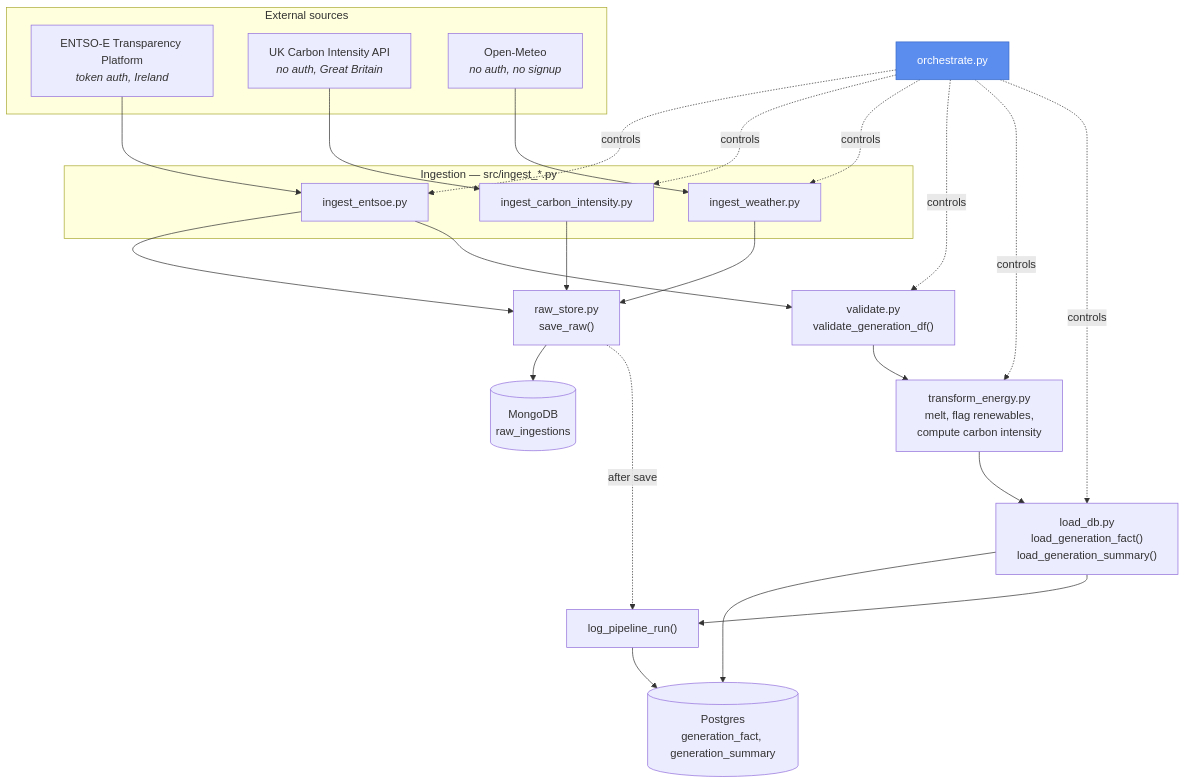
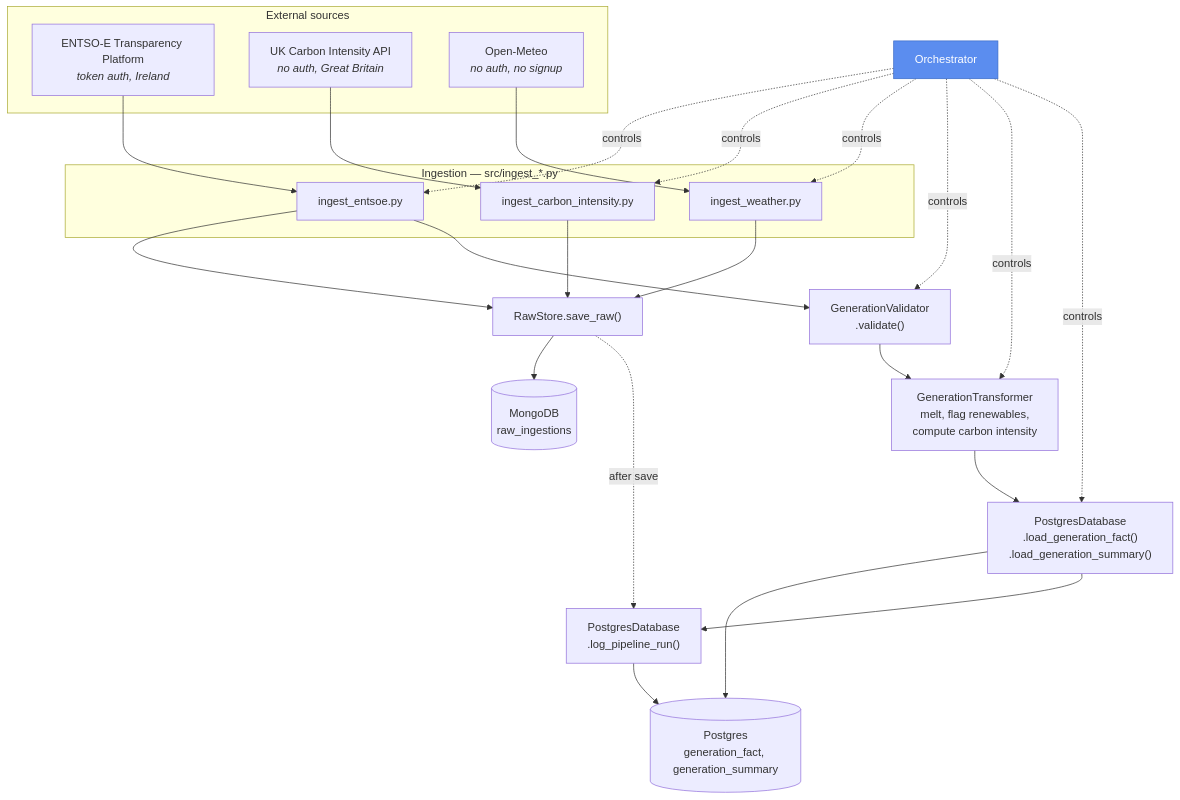
The third of 8 diagrams in docs/DIAGRAMS.md (squirke1/energy-data-pipeline), drawn with Mermaid before and after one commit. The commit also changed other lines of this file and 16 other files, not shown here.

````diff
--- a/docs/DIAGRAMS.md
+++ b/docs/DIAGRAMS.md
@@ -36,41 +76,41 @@
 ```mermaid
 flowchart TD
     subgraph ext["External sources"]
         ENTSOE["ENTSO-E Transparency Platform<br/><i>token auth, Ireland</i>"]
         CARBON["UK Carbon Intensity API<br/><i>no auth, Great Britain</i>"]
         METEO["Open-Meteo<br/><i>no auth, no signup</i>"]
     end
 
     subgraph ingest["Ingestion — src/ingest_*.py"]
         I_ENTSOE["ingest_entsoe.py"]
         I_CARBON["ingest_carbon_intensity.py"]
         I_WEATHER["ingest_weather.py"]
     end
 
     ENTSOE --> I_ENTSOE
     CARBON --> I_CARBON
     METEO --> I_WEATHER
 
-    I_ENTSOE --> RAWSTORE["raw_store.py<br/>save_raw()"]
+    I_ENTSOE --> RAWSTORE["RawStore.save_raw()"]
     I_CARBON --> RAWSTORE
     I_WEATHER --> RAWSTORE
     RAWSTORE --> MONGO[("MongoDB<br/>raw_ingestions")]
 
-    I_ENTSOE --> VALIDATE["validate.py<br/>validate_generation_df()"]
-    VALIDATE --> TRANSFORM["transform_energy.py<br/>melt, flag renewables,<br/>compute carbon intensity"]
-    TRANSFORM --> LOAD["load_db.py<br/>load_generation_fact()<br/>load_generation_summary()"]
+    I_ENTSOE --> VALIDATE["GenerationValidator<br/>.validate()"]
+    VALIDATE --> TRANSFORM["GenerationTransformer<br/>melt, flag renewables,<br/>compute carbon intensity"]
+    TRANSFORM --> LOAD["PostgresDatabase<br/>.load_generation_fact()<br/>.load_generation_summary()"]
 
     LOAD --> PG[("Postgres<br/>generation_fact, generation_summary")]
-    LOAD --> RUNLOG["log_pipeline_run()"]
+    LOAD --> RUNLOG["PostgresDatabase<br/>.log_pipeline_run()"]
     RAWSTORE -.after save.-> RUNLOG
     RUNLOG --> PG
 
-    ORCH["orchestrate.py"]:::orch -.controls.-> I_ENTSOE
+    ORCH["Orchestrator"]:::orch -.controls.-> I_ENTSOE
     ORCH -.controls.-> I_CARBON
     ORCH -.controls.-> I_WEATHER
     ORCH -.controls.-> VALIDATE
     ORCH -.controls.-> TRANSFORM
     ORCH -.controls.-> LOAD
 
     classDef orch fill:#5b8def,color:#fff,stroke:#3a6bc7
 ```
````
